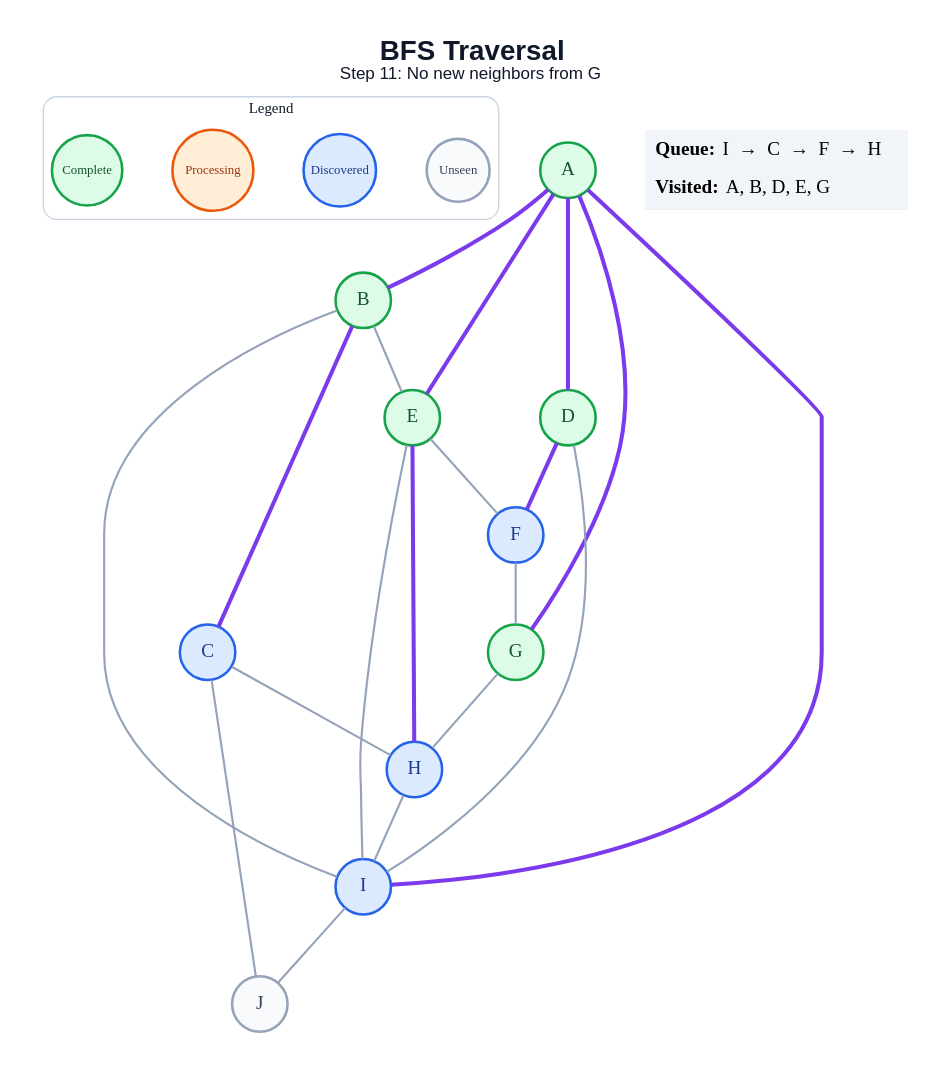
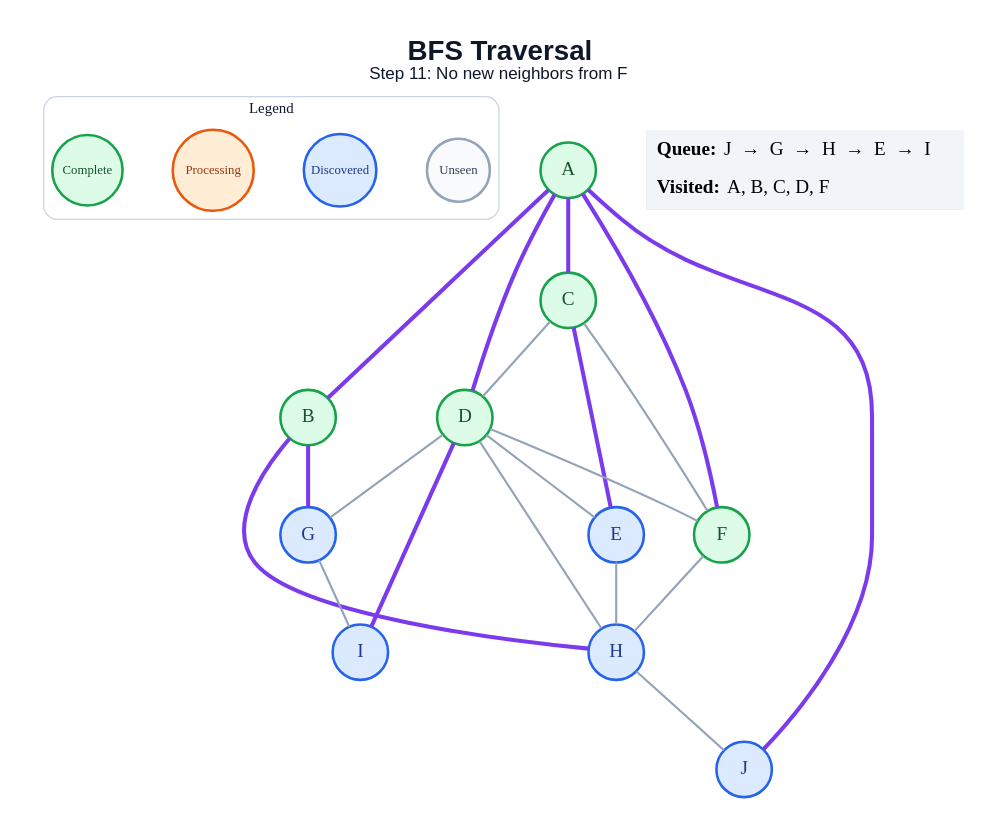
Before and after one commit to anon7238593-create/ai-slop: the diagram in generated/bfs/step_11.dot, drawn with Graphviz. The commit also changed 178 other files, not shown here.

```diff
--- a/generated/bfs/step_11.dot
+++ b/generated/bfs/step_11.dot
@@ -1,48 +1,48 @@
 graph traversal {
   graph [layout=dot, rankdir=TB, bgcolor="#FFFFFF", pad="0.35", nodesep="0.65", ranksep="0.8", fontname="Arial"];
   node [shape=circle, style="filled", fontname="Arial Bold", fontsize=18, width=0.72, fixedsize=true, penwidth=2.4];
   edge [color="#94A3B8", penwidth=2.0];
-  label=<<B>BFS Traversal</B><BR/><FONT POINT-SIZE="16">Step 11: No new neighbors from G</FONT>>; labelloc="t"; fontsize=26; fontname="Arial"; fontcolor="#0F172A";
+  label=<<B>BFS Traversal</B><BR/><FONT POINT-SIZE="16">Step 11: No new neighbors from F</FONT>>; labelloc="t"; fontsize=26; fontname="Arial"; fontcolor="#0F172A";
   subgraph cluster_legend { label="Legend"; color="#CBD5E1"; penwidth=1.2; style="rounded"; fontsize=14; fontname="Arial Bold";
     key_unseen [label="Unseen", fillcolor="#F8FAFC", color="#94A3B8", fontcolor="#334155", fontsize=12, width=0.82];
     key_frontier [label="Discovered", fillcolor="#DBEAFE", color="#2563EB", fontcolor="#1E3A8A", fontsize=12, width=0.95];
     key_current [label="Processing", fillcolor="#FFEDD5", color="#EA580C", fontcolor="#9A3412", fontsize=12, width=1.05];
     key_done [label="Complete", fillcolor="#DCFCE7", color="#16A34A", fontcolor="#14532D", fontsize=12, width=0.92];
     { rank=same; key_unseen; key_frontier; key_current; key_done; }
   }
   A [fillcolor="#DCFCE7", color="#16A34A", fontcolor="#14532D"];
   B [fillcolor="#DCFCE7", color="#16A34A", fontcolor="#14532D"];
-  C [fillcolor="#DBEAFE", color="#2563EB", fontcolor="#1E3A8A"];
+  C [fillcolor="#DCFCE7", color="#16A34A", fontcolor="#14532D"];
   D [fillcolor="#DCFCE7", color="#16A34A", fontcolor="#14532D"];
-  E [fillcolor="#DCFCE7", color="#16A34A", fontcolor="#14532D"];
-  F [fillcolor="#DBEAFE", color="#2563EB", fontcolor="#1E3A8A"];
-  G [fillcolor="#DCFCE7", color="#16A34A", fontcolor="#14532D"];
+  E [fillcolor="#DBEAFE", color="#2563EB", fontcolor="#1E3A8A"];
+  F [fillcolor="#DCFCE7", color="#16A34A", fontcolor="#14532D"];
+  G [fillcolor="#DBEAFE", color="#2563EB", fontcolor="#1E3A8A"];
   H [fillcolor="#DBEAFE", color="#2563EB", fontcolor="#1E3A8A"];
   I [fillcolor="#DBEAFE", color="#2563EB", fontcolor="#1E3A8A"];
-  J [fillcolor="#F8FAFC", color="#94A3B8", fontcolor="#334155"];
+  J [fillcolor="#DBEAFE", color="#2563EB", fontcolor="#1E3A8A"];
   A -- B [color="#7C3AED", penwidth=3.8];
+  A -- C [color="#7C3AED", penwidth=3.8];
   A -- D [color="#7C3AED", penwidth=3.8];
-  A -- E [color="#7C3AED", penwidth=3.8];
-  A -- G [color="#7C3AED", penwidth=3.8];
-  A -- I [color="#7C3AED", penwidth=3.8];
-  B -- C [color="#7C3AED", penwidth=3.8];
-  B -- E;
-  B -- I;
-  C -- H;
-  C -- J;
-  D -- F [color="#7C3AED", penwidth=3.8];
-  D -- I;
-  E -- F;
-  E -- H [color="#7C3AED", penwidth=3.8];
-  E -- I;
-  F -- G;
-  G -- H;
-  H -- I;
-  I -- J;
+  A -- F [color="#7C3AED", penwidth=3.8];
+  A -- J [color="#7C3AED", penwidth=3.8];
+  B -- G [color="#7C3AED", penwidth=3.8];
+  B -- H [color="#7C3AED", penwidth=3.8];
+  C -- D;
+  C -- E [color="#7C3AED", penwidth=3.8];
+  C -- F;
+  D -- E;
+  D -- F;
+  D -- G;
+  D -- H;
+  D -- I [color="#7C3AED", penwidth=3.8];
+  E -- H;
+  F -- H;
+  G -- I;
+  H -- J;
   status [shape=plain, fixedsize=false, width=0, height=0, margin=0, label=<
     <TABLE BORDER="0" CELLBORDER="0" CELLPADDING="7" BGCOLOR="#F1F5F9">
-      <TR><TD ALIGN="LEFT"><B>Queue:</B> I  →  C  →  F  →  H</TD></TR>
-      <TR><TD ALIGN="LEFT"><B>Visited:</B> A, B, D, E, G</TD></TR>
+      <TR><TD ALIGN="LEFT"><B>Queue:</B> J  →  G  →  H  →  E  →  I</TD></TR>
+      <TR><TD ALIGN="LEFT"><B>Visited:</B> A, B, C, D, F</TD></TR>
     </TABLE>
   >];
 }
```
